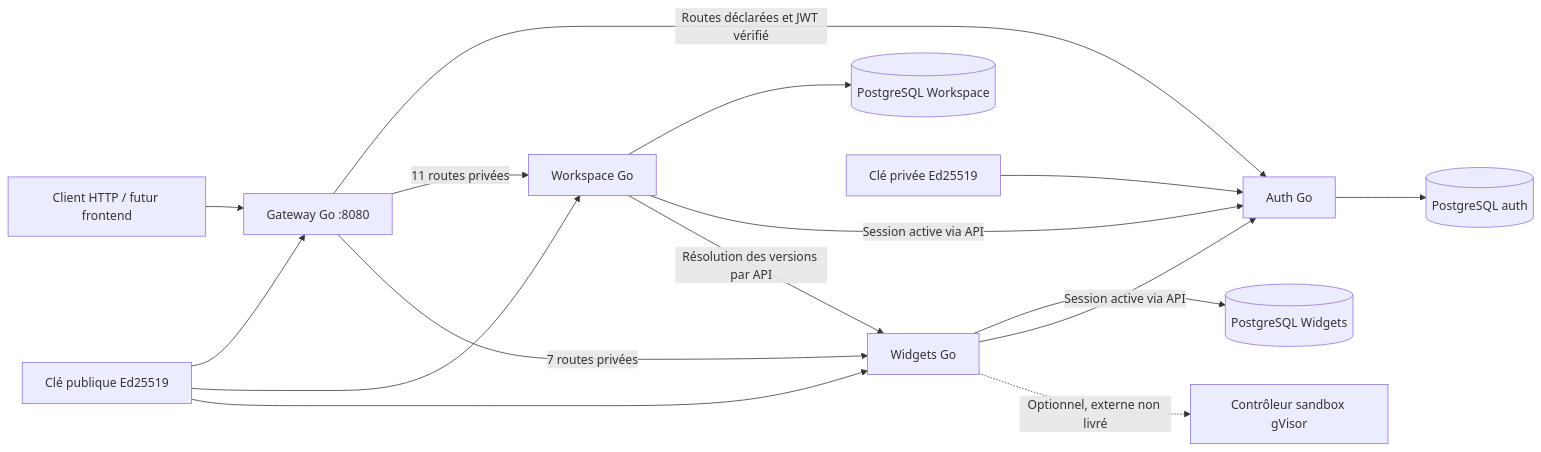
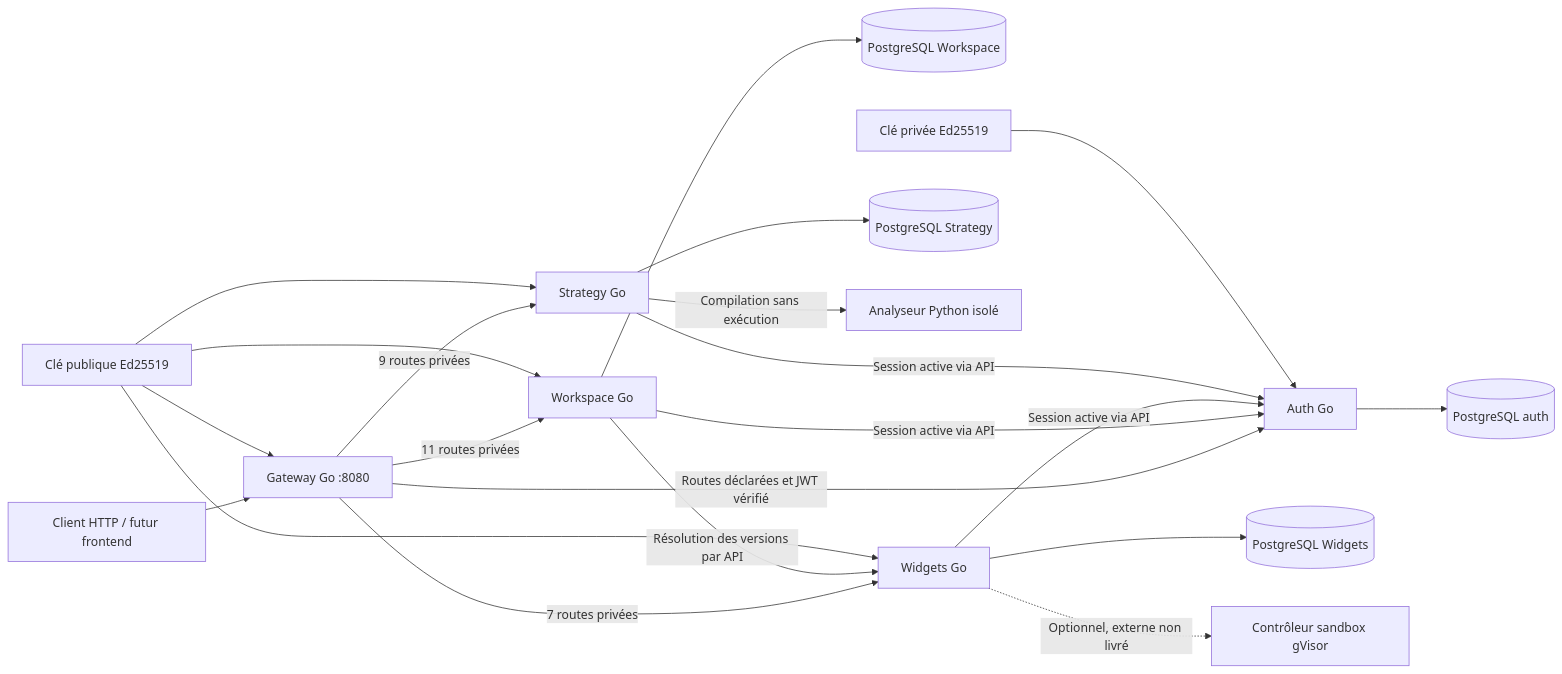
Before and after one commit to QSlate/QSlate-Back: the first of 2 diagrams in docs/architecture.md, drawn with Mermaid. The commit also changed other lines of this file and 3 other files, not shown here.

````diff
--- a/docs/architecture.md
+++ b/docs/architecture.md
@@ -67,18 +76,23 @@
 ```mermaid
 flowchart LR
     Client[Client HTTP / futur frontend] --> Gateway[Gateway Go :8080]
     Gateway -->|Routes déclarées et JWT vérifié| Auth[Auth Go]
     Auth --> DB[(PostgreSQL auth)]
     Gateway -->|11 routes privées| Workspace[Workspace Go]
     Workspace --> WDB[(PostgreSQL Workspace)]
     Workspace -->|Session active via API| Auth
     Gateway -->|7 routes privées| Widgets[Widgets Go]
     Widgets --> WidgetsDB[(PostgreSQL Widgets)]
     Widgets -->|Session active via API| Auth
     Workspace -->|Résolution des versions par API| Widgets
     Widgets -.->|Optionnel, externe non livré| Sandbox[Contrôleur sandbox gVisor]
+    Gateway -->|9 routes privées| Strategy[Strategy Go]
+    Strategy --> StrategyDB[(PostgreSQL Strategy)]
+    Strategy -->|Session active via API| Auth
+    Strategy -->|Compilation sans exécution| Analyzer[Analyseur Python isolé]
     Private[Clé privée Ed25519] --> Auth
     Public[Clé publique Ed25519] --> Gateway
     Public --> Workspace
     Public --> Widgets
+    Public --> Strategy
 ```
````
